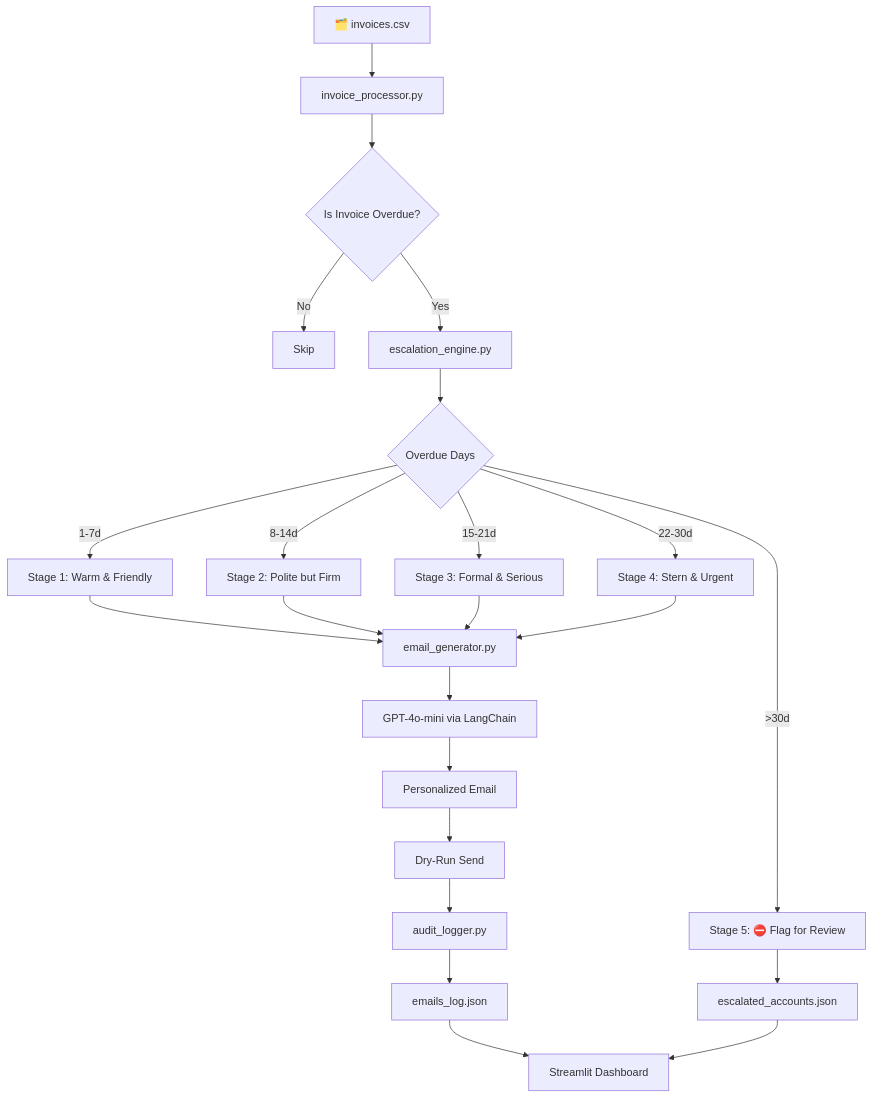
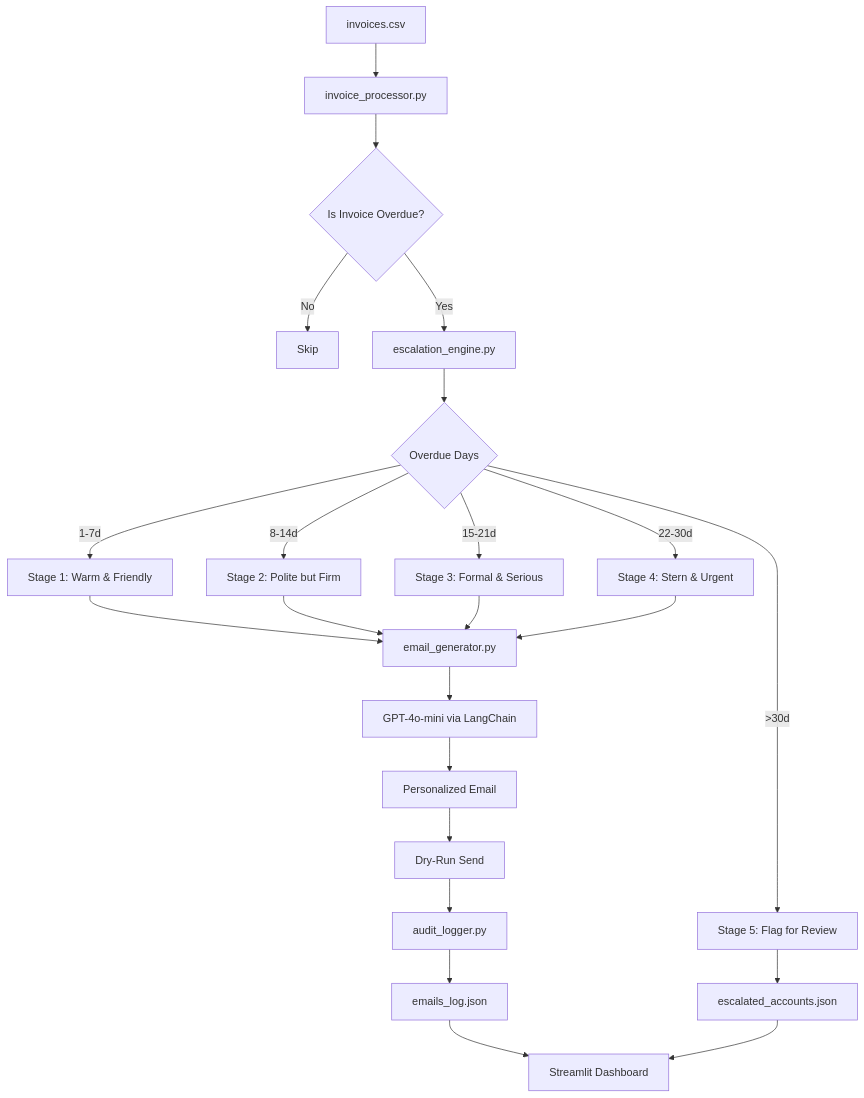
Before and after one commit to AkshatJain110/finance-followup-agent: the diagram in README.md, drawn with Mermaid. The commit also changed other lines of this file, not shown here.

````diff
--- a/README.md
+++ b/README.md
@@ -37,21 +37,21 @@
 ```mermaid
 flowchart TD
-    A[🗂️ invoices.csv] --> B[invoice_processor.py]
+    A[invoices.csv] --> B[invoice_processor.py]
     B --> C{Is Invoice Overdue?}
     C -- No --> D[Skip]
     C -- Yes --> E[escalation_engine.py]
     E --> F{Overdue Days}
     F -- 1-7d --> G[Stage 1: Warm & Friendly]
     F -- 8-14d --> H[Stage 2: Polite but Firm]
     F -- 15-21d --> I[Stage 3: Formal & Serious]
     F -- 22-30d --> J[Stage 4: Stern & Urgent]
-    F -- >30d --> K[Stage 5: ⛔ Flag for Review]
+    F -- >30d --> K[Stage 5: Flag for Review]
     G & H & I & J --> L[email_generator.py]
     L --> M[GPT-4o-mini via LangChain]
     M --> N[Personalized Email]
     N --> O[Dry-Run Send]
     O --> P[audit_logger.py]
     K --> Q[escalated_accounts.json]
     P --> R[emails_log.json]
     R & Q --> S[Streamlit Dashboard]
 ```
````
